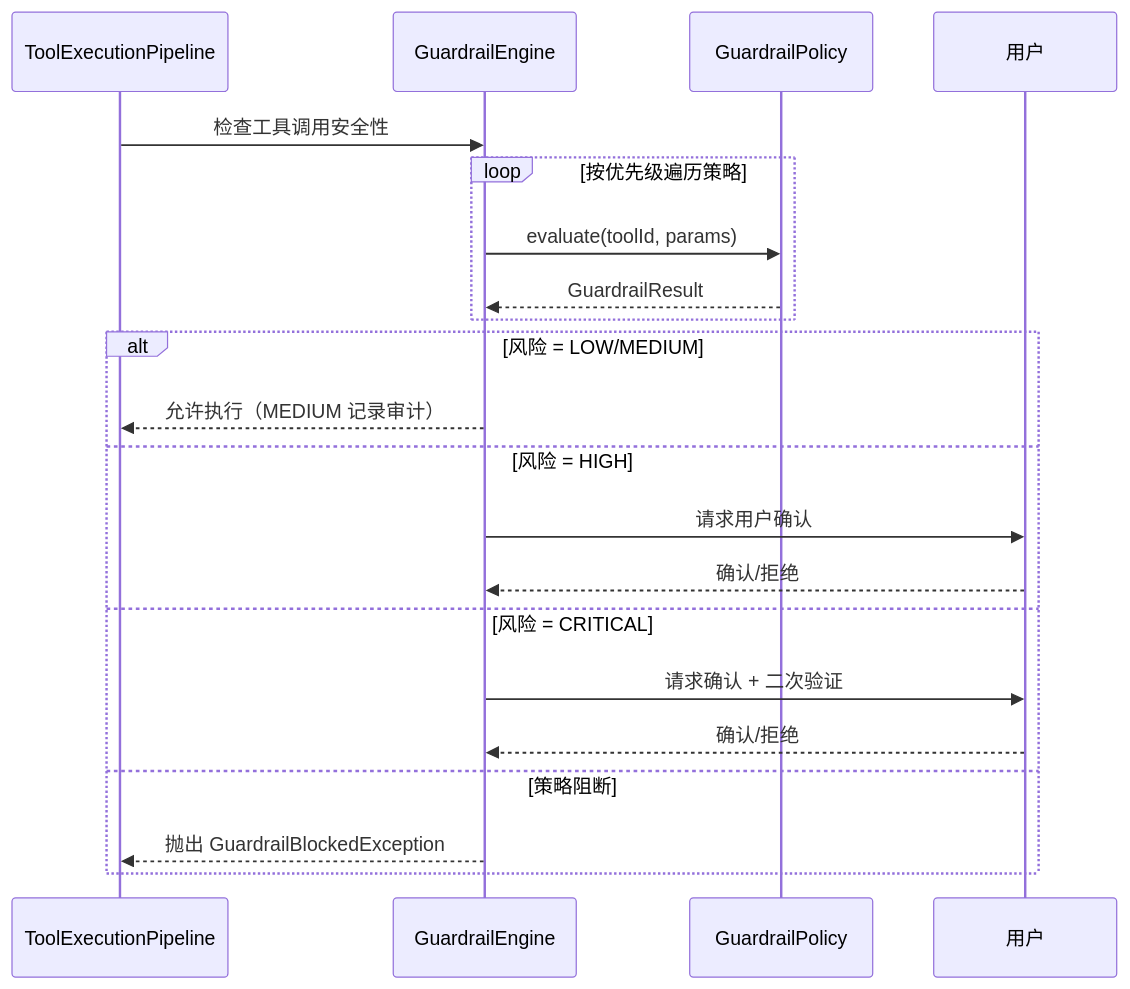
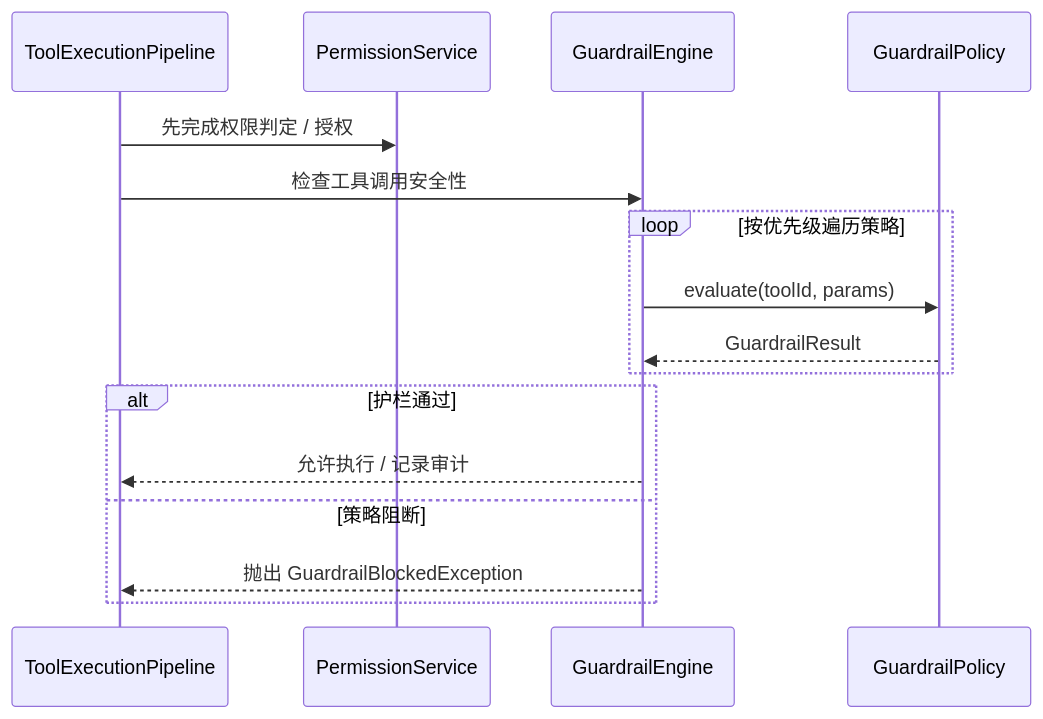
Before and after one commit to ntygod/LifePilot: the second of 2 diagrams in docs/architecture/guardrail.md, drawn with Mermaid. The commit also changed other lines of this file and 576 other files, not shown here.

````diff
--- a/docs/architecture/guardrail.md
+++ b/docs/architecture/guardrail.md
@@ -70,24 +68,19 @@
 ```mermaid
 sequenceDiagram
     participant P as ToolExecutionPipeline
+    participant PM as PermissionService
     participant E as GuardrailEngine
     participant PO as GuardrailPolicy
-    participant U as 用户
 
+    P->>PM: 先完成权限判定 / 授权
     P->>E: 检查工具调用安全性
     loop 按优先级遍历策略
         E->>PO: evaluate(toolId, params)
         PO-->>E: GuardrailResult
     end
-    alt 风险 = LOW/MEDIUM
-        E-->>P: 允许执行（MEDIUM 记录审计）
-    else 风险 = HIGH
-        E->>U: 请求用户确认
-        U-->>E: 确认/拒绝
-    else 风险 = CRITICAL
-        E->>U: 请求确认 + 二次验证
-        U-->>E: 确认/拒绝
+    alt 护栏通过
+        E-->>P: 允许执行 / 记录审计
     else 策略阻断
         E-->>P: 抛出 GuardrailBlockedException
     end
 ```
````
